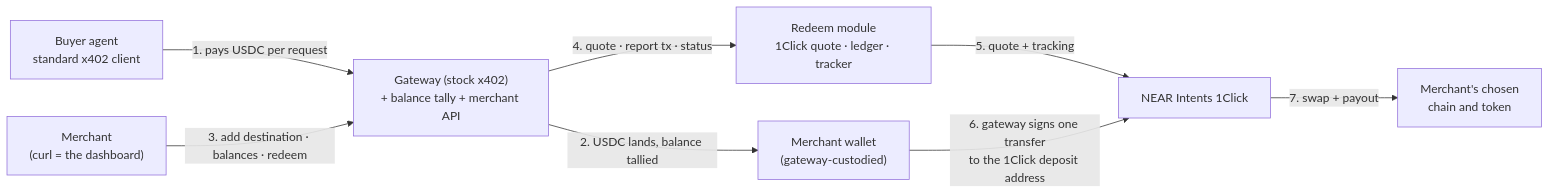
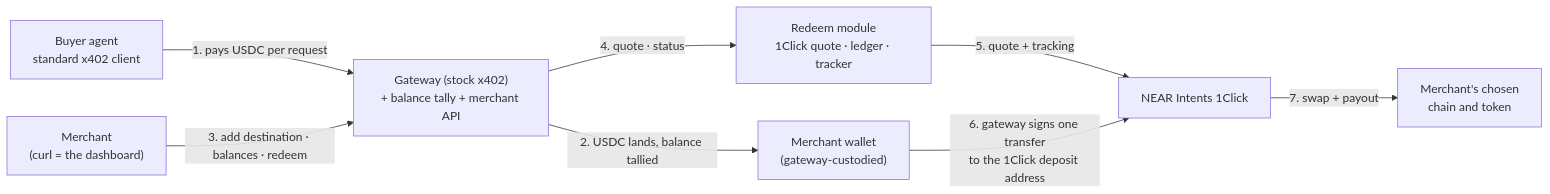
Before and after one commit to IkerAlus/1CS_redeem_demo: the diagram in README.md, drawn with Mermaid. The commit also changed other lines of this file and 9 other files, not shown here.

````diff
--- a/README.md
+++ b/README.md
@@ -7,10 +7,10 @@
 ```mermaid
 flowchart LR
     B["Buyer agent<br/>standard x402 client"] -- "1. pays USDC per request" --> G["Gateway (stock x402)<br/>+ balance tally + merchant API"]
     G -- "2. USDC lands, balance tallied" --> W["Merchant wallet<br/>(gateway-custodied)"]
     M["Merchant<br/>(curl = the dashboard)"] -- "3. add destination · balances · redeem" --> G
-    G -- "4. quote · report tx · status" --> R["Redeem module<br/>1Click quote · ledger · tracker"]
+    G -- "4. quote · status" --> R["Redeem module<br/>1Click quote · ledger · tracker"]
     R -- "5. quote + tracking" --> N["NEAR Intents 1Click"]
     W -- "6. gateway signs one transfer<br/>to the 1Click deposit address" --> N
     N -- "7. swap + payout" --> D["Merchant's chosen<br/>chain and token"]
 ```
````
